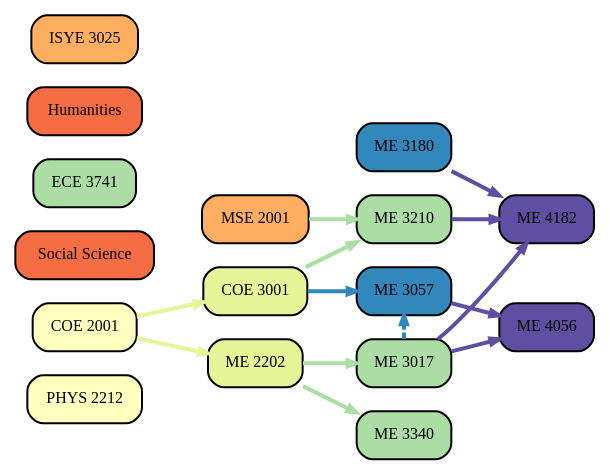
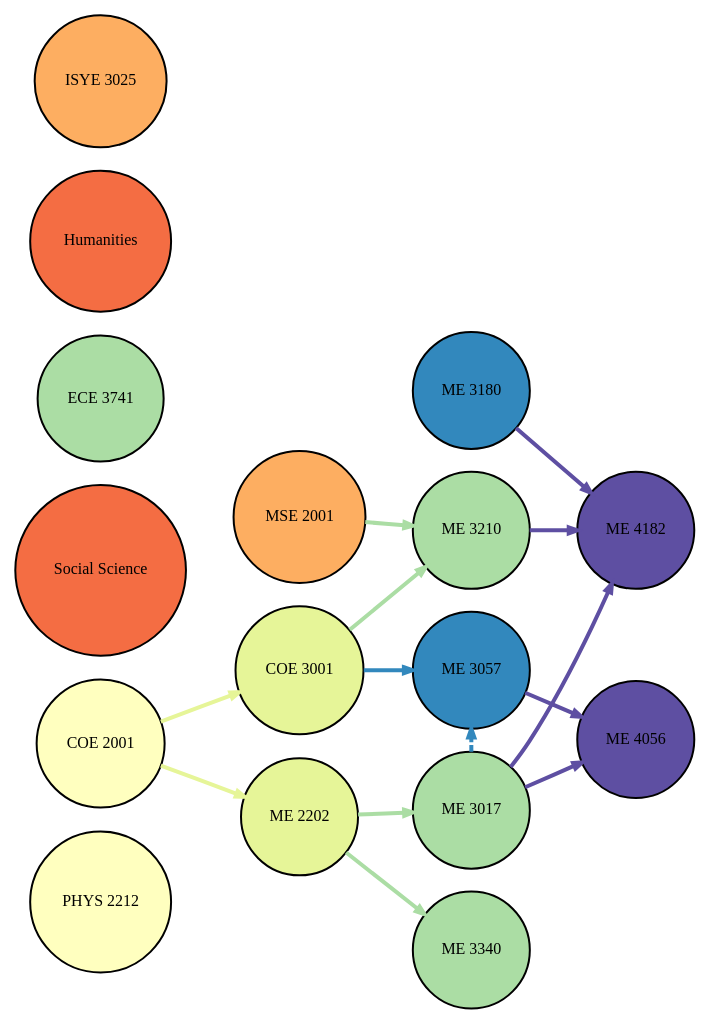
The diagram in gt-planner-prototype-minimal/backend/dots/g4.gv (yunho-c/gt-curriculum-planner), drawn with Graphviz before and after one commit. The commit also changed 16 other files, not shown here.

Commit message:
GraphViz Interactivity

```diff
--- a/gt-planner-prototype-minimal/backend/dots/g4.gv
+++ b/gt-planner-prototype-minimal/backend/dots/g4.gv
@@ -1,34 +1,34 @@
 digraph Curriculum {
-	node [color=black colorscheme=spectral11 fontsize=12 penwidth=1.5 shape=box style="rounded, filled, radial"]
+	node [color=black colorscheme=spectral11 fontsize=12 penwidth=1.5 shape=circle style=filled]
 	edge [arrowsize=0.65 colorscheme=spectral11 penwidth=3]
 	rankdir=LR
 	"PHYS 2212" [fillcolor=6]
 	"MSE 2001" [fillcolor=4]
 	"COE 2001" [fillcolor=6]
 	"ME 2202" [fillcolor=7]
 	"COE 2001" -> "ME 2202" [color=7 style=solid]
 	"Social Science" [fillcolor=3]
 	"ECE 3741" [fillcolor=8]
 	"COE 3001" [fillcolor=7]
 	"COE 2001" -> "COE 3001" [color=7 style=solid]
 	"ME 3340" [fillcolor=8]
 	"ME 2202" -> "ME 3340" [color=8 style=solid]
 	Humanities [fillcolor=3]
 	"ME 3017" [fillcolor=8]
 	"ME 2202" -> "ME 3017" [color=8 style=solid]
 	"ME 3057" [fillcolor=10]
 	"COE 3001" -> "ME 3057" [color=10 style=solid]
 	"ME 3017" -> "ME 3057" [color=10 constraint=false style=dashed]
 	"ISYE 3025" [fillcolor=4]
 	"ME 3180" [fillcolor=10]
 	"ME 3210" [fillcolor=8]
 	"MSE 2001" -> "ME 3210" [color=8 style=solid]
 	"COE 3001" -> "ME 3210" [color=8 style=solid]
 	"ME 4056" [fillcolor=11]
 	"ME 3057" -> "ME 4056" [color=11 style=solid]
 	"ME 3017" -> "ME 4056" [color=11 style=solid]
 	"ME 4182" [fillcolor=11]
 	"ME 3210" -> "ME 4182" [color=11 style=solid]
 	"ME 3180" -> "ME 4182" [color=11 style=solid]
 	"ME 3017" -> "ME 4182" [color=11 style=solid]
 }
```
